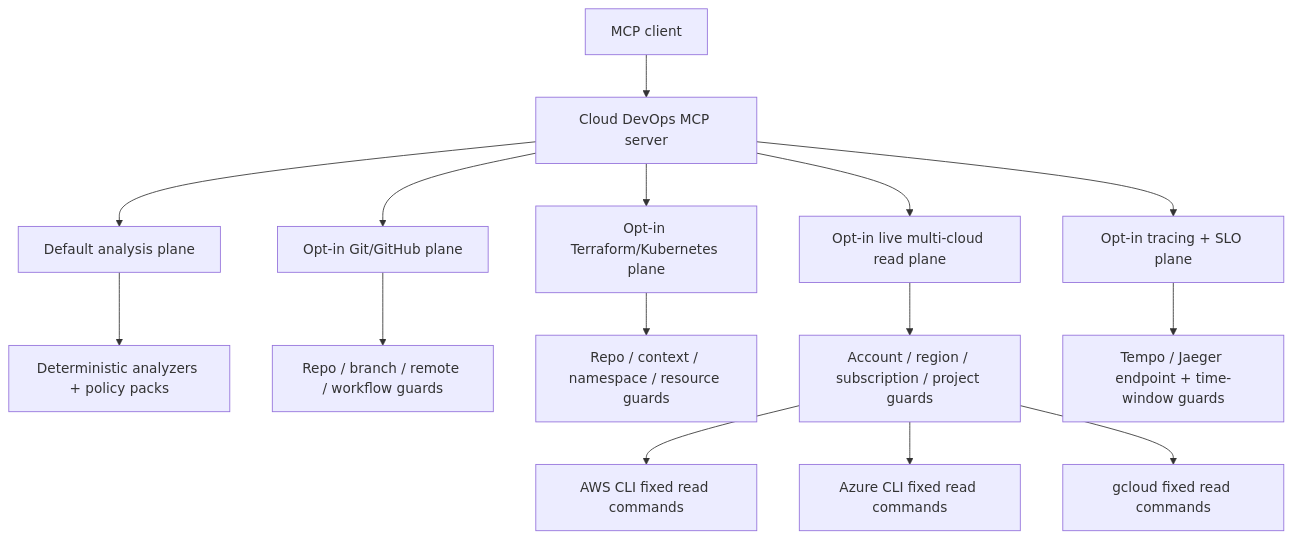
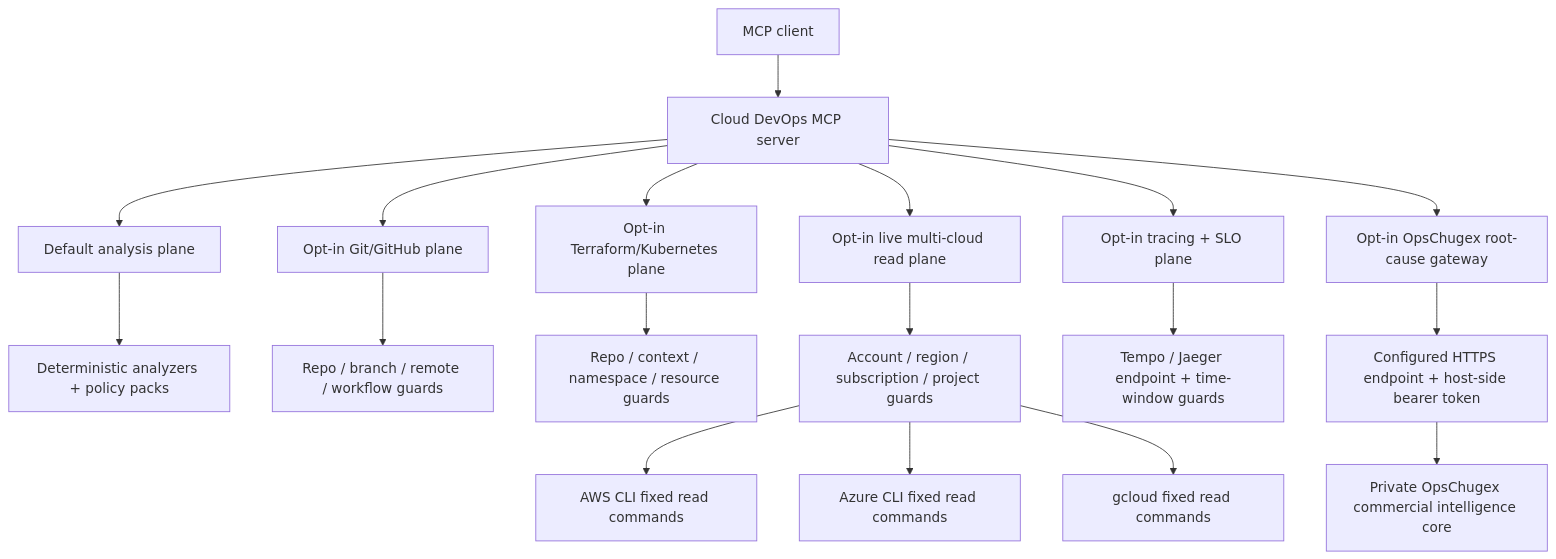
One commit to alexcgodwin/cloud-devops-mcp-server changed the diagram in docs/architecture.md. Above: the diagram before and after it, drawn with Mermaid. The commit also changed other lines of this file and 14 other files, not shown here.

Commit message:
Add v0.10 OpsChugex root-cause intelligence gateway (#24)

````diff
--- a/docs/architecture.md
+++ b/docs/architecture.md
@@ -18,19 +19,22 @@
 ```mermaid
 flowchart TD
   Client["MCP client"] --> Server["Cloud DevOps MCP server"]
   Server --> Analysis["Default analysis plane"]
   Server --> GitOps["Opt-in Git/GitHub plane"]
   Server --> Infra["Opt-in Terraform/Kubernetes plane"]
   Server --> Cloud["Opt-in live multi-cloud read plane"]
   Server --> Trace["Opt-in tracing + SLO plane"]
+  Server --> OpsCore["Opt-in OpsChugex root-cause gateway"]
 
   Analysis --> Logic["Deterministic analyzers + policy packs"]
   GitOps --> GitGuards["Repo / branch / remote / workflow guards"]
   Infra --> InfraGuards["Repo / context / namespace / resource guards"]
   Cloud --> CloudGuards["Account / region / subscription / project guards"]
   Trace --> TraceGuards["Tempo / Jaeger endpoint + time-window guards"]
+  OpsCore --> OpsGuards["Configured HTTPS endpoint + host-side bearer token"]
+  OpsGuards --> PrivateCore["Private OpsChugex commercial intelligence core"]
 
   CloudGuards --> AWS["AWS CLI fixed read commands"]
   CloudGuards --> Azure["Azure CLI fixed read commands"]
   CloudGuards --> GCP["gcloud fixed read commands"]
 ```
````
